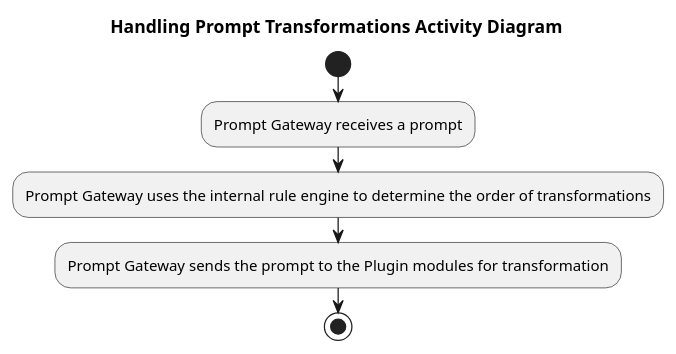
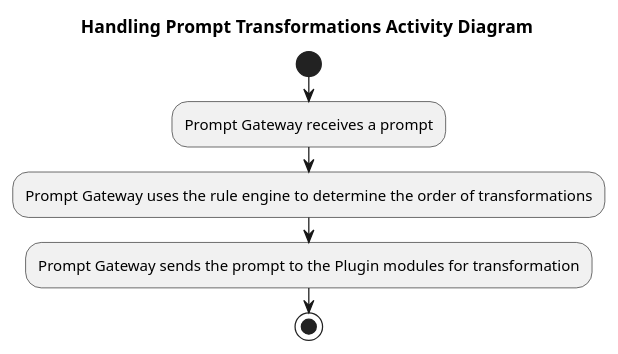
Before and after one commit to o2alexanderfedin/AI-demos: the ninth of 21 diagrams in Design_Document_Prompt_Gateway_RESTful_API_LLM.md, drawn with PlantUML. The commit also changed other lines of this file, not shown here.

````diff
--- a/Design_Document_Prompt_Gateway_RESTful_API_LLM.md
+++ b/Design_Document_Prompt_Gateway_RESTful_API_LLM.md
@@ -299,11 +336,14 @@
 ```plantuml
 @startuml
 title Handling Prompt Transformations Activity Diagram
 
 start
 :Prompt Gateway receives a prompt;
-:Prompt Gateway uses the internal rule engine to determine the order of transformations;
+
+:Prompt Gateway uses the rule engine to determine the order of transformations;
+
 :Prompt Gateway sends the prompt to the Plugin modules for transformation;
+
 stop
 @enduml
 ```
````
